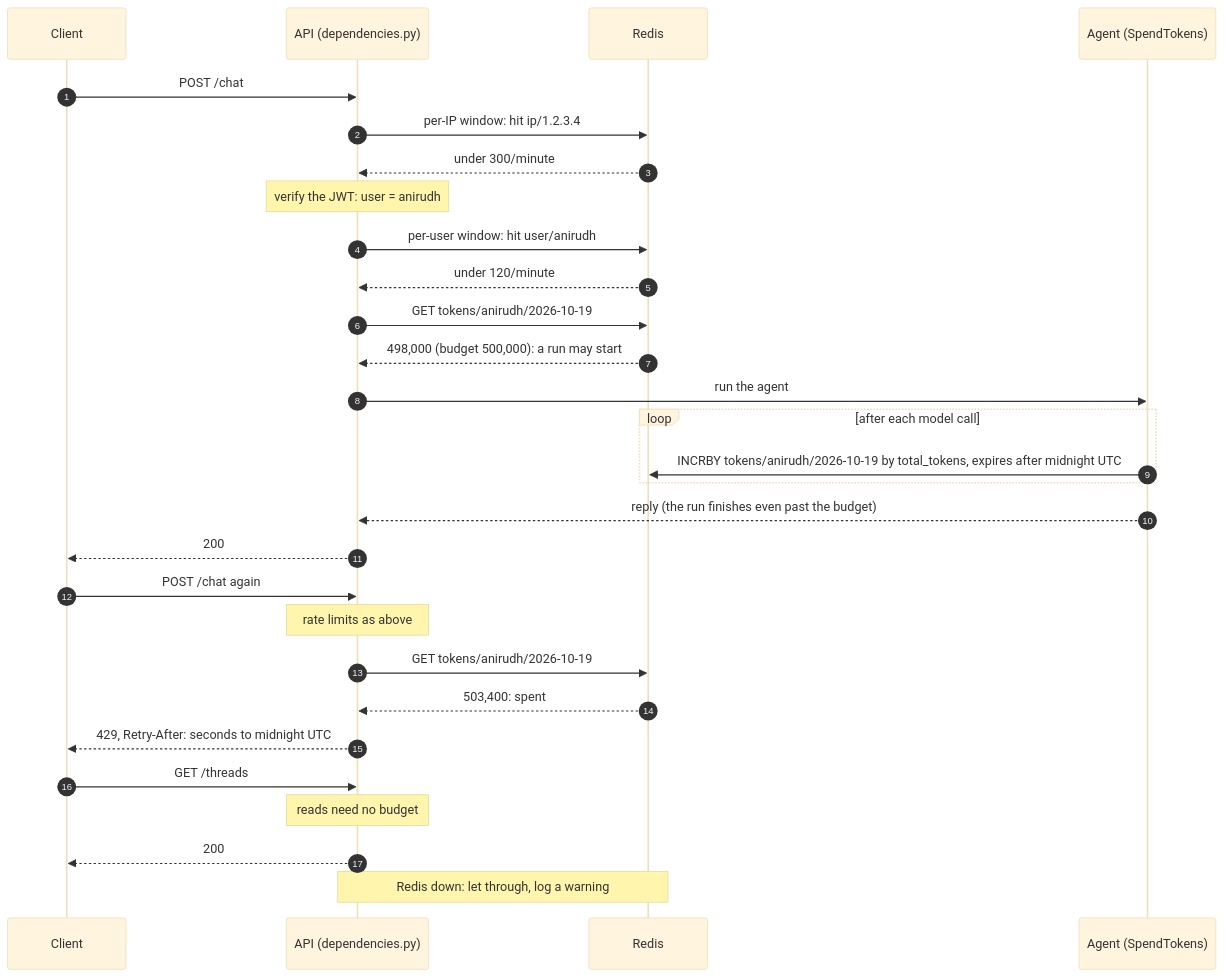
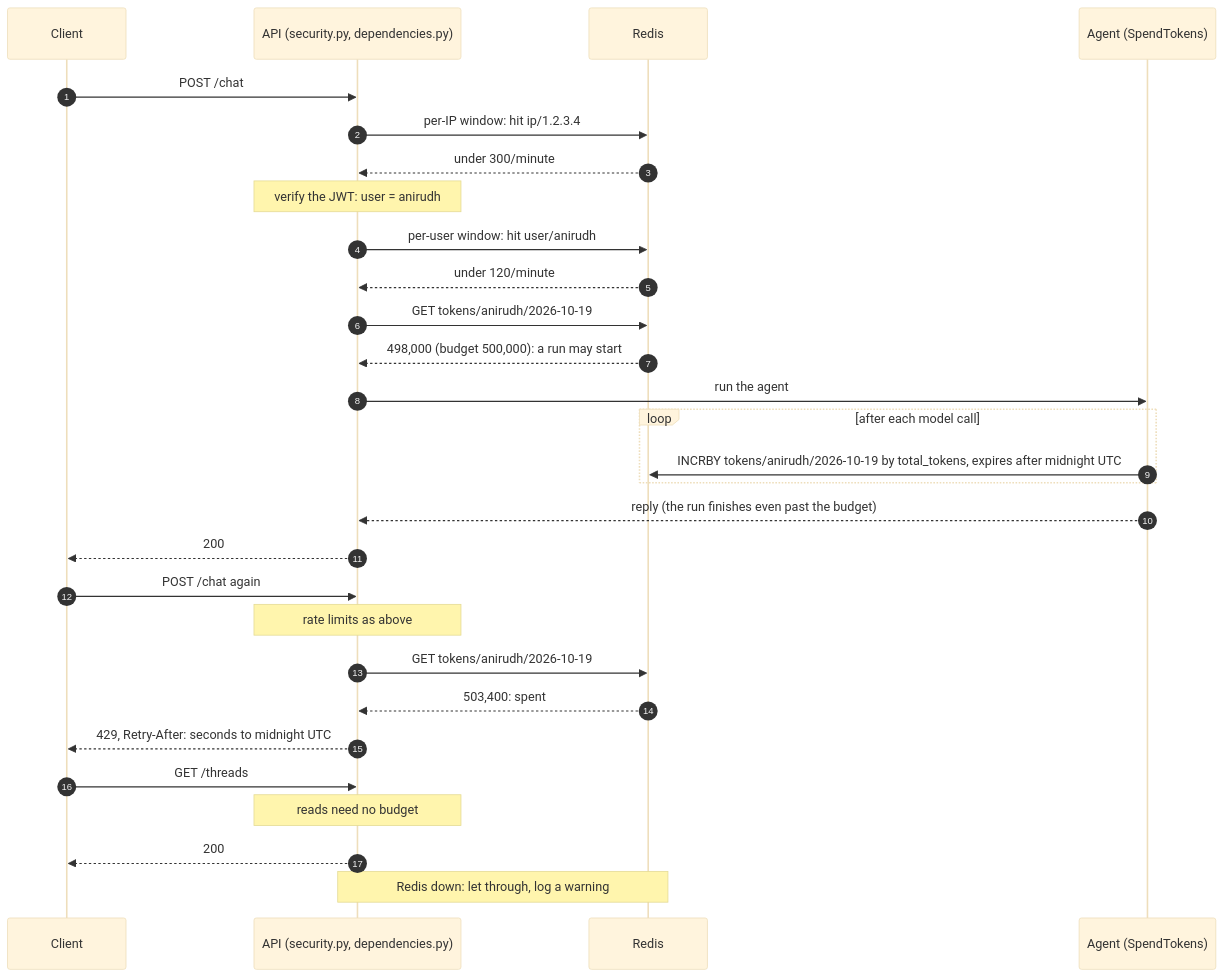
The fifth of 8 diagrams in docs/phase-8-security-observability.md (Anirudh1905/agentic-ai-chatbot), drawn with Mermaid (base theme) before and after one commit. The commit also changed other lines of this file and 72 other files, not shown here.

````diff
--- a/docs/phase-8-security-observability.md
+++ b/docs/phase-8-security-observability.md
@@ -135,32 +135,32 @@
 ```mermaid
 sequenceDiagram
     autonumber
     participant C as Client
-    participant A as API (dependencies.py)
+    participant A as API (security.py, dependencies.py)
     participant R as Redis
     participant G as Agent (SpendTokens)
 
     C->>A: POST /chat
     A->>R: per-IP window: hit ip/1.2.3.4
     R-->>A: under 300/minute
     Note over A: verify the JWT: user = anirudh
     A->>R: per-user window: hit user/anirudh
     R-->>A: under 120/minute
     A->>R: GET tokens/anirudh/2026-10-19
     R-->>A: 498,000 (budget 500,000): a run may start
     A->>G: run the agent
     loop after each model call
         G->>R: INCRBY tokens/anirudh/2026-10-19 by total_tokens, expires after midnight UTC
     end
     G-->>A: reply (the run finishes even past the budget)
     A-->>C: 200
     C->>A: POST /chat again
     Note over A: rate limits as above
     A->>R: GET tokens/anirudh/2026-10-19
     R-->>A: 503,400: spent
     A-->>C: 429, Retry-After: seconds to midnight UTC
     C->>A: GET /threads
     Note over A: reads need no budget
     A-->>C: 200
     Note over A,R: Redis down: let through, log a warning
 ```
````
